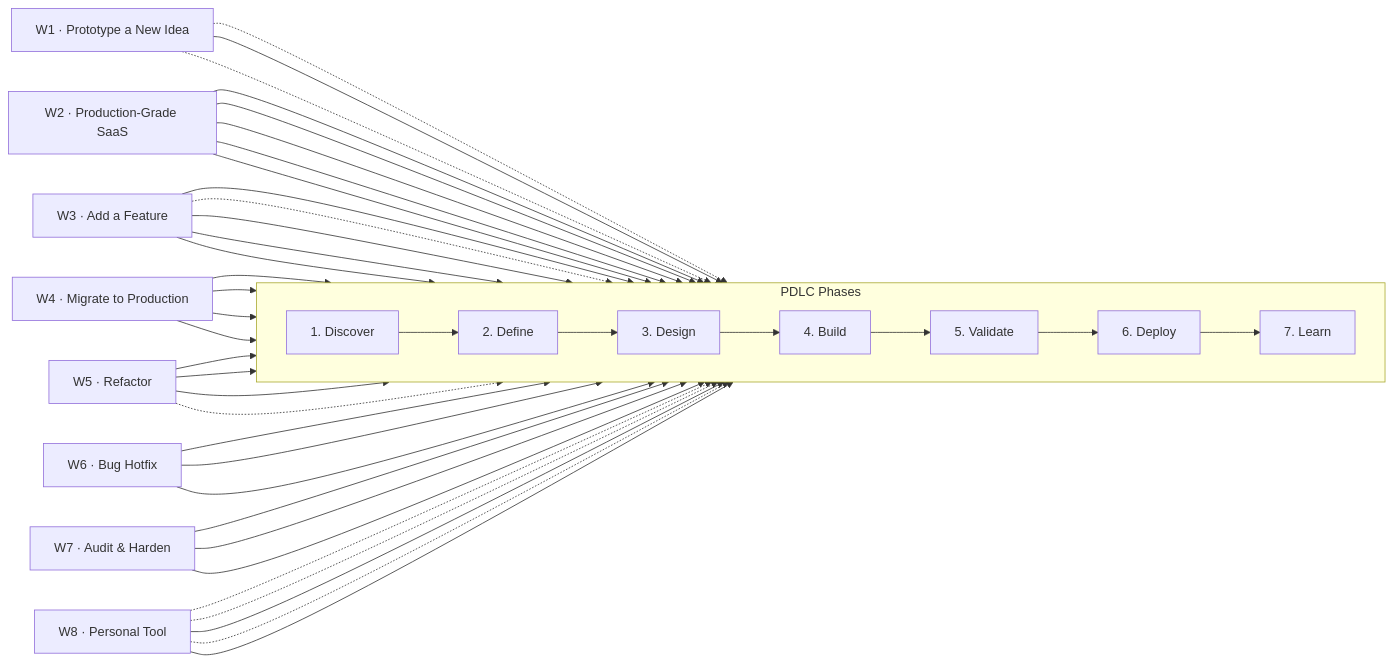
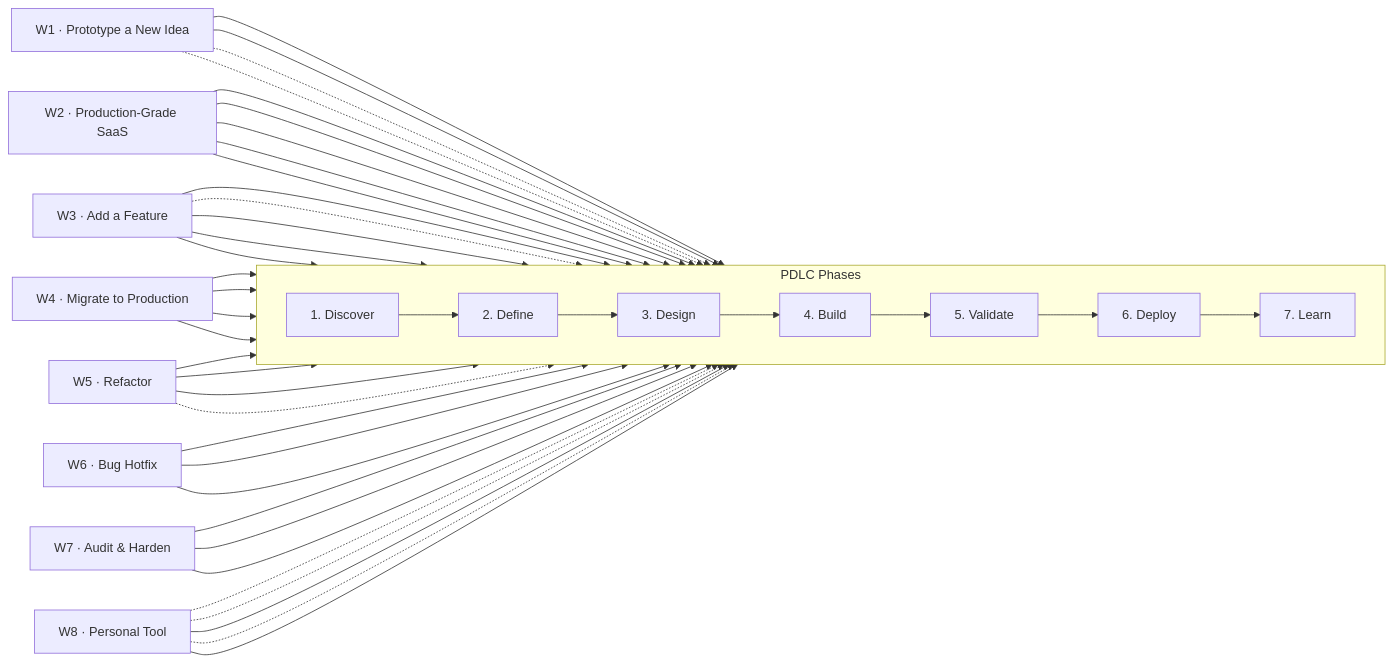
Before and after one commit to jnlanahan/Product-Agents-and-Skills: the diagram in WORKFLOWS.md, drawn with Mermaid. The commit also changed other lines of this file and 3 other files, not shown here.

````diff
--- a/WORKFLOWS.md
+++ b/WORKFLOWS.md
@@ -28,54 +30,55 @@
 ```mermaid
 flowchart LR
     subgraph PDLC["PDLC Phases"]
         direction LR
         D1["1. Discover"]
         D2["2. Define"]
         D3["3. Design"]
         D4["4. Build"]
         D5["5. Validate"]
         D6["6. Deploy"]
         D7["7. Learn"]
         D1 --> D2 --> D3 --> D4 --> D5 --> D6 --> D7
     end
 
-    W1["W1 · Prototype a New Idea"] -.-> D2
+    W1["W1 · Prototype a New Idea"] --> D2
     W1 --> D3
+    W1 -.-> D5
     W1 -.-> D7
 
     W2["W2 · Production-Grade SaaS"] --> D2
     W2 --> D3
     W2 --> D4
     W2 --> D5
     W2 --> D6
 
     W3["W3 · Add a Feature"] --> D2
     W3 -.-> D3
     W3 --> D4
     W3 --> D5
     W3 --> D6
 
     W4["W4 · Migrate to Production"] --> D2
     W4 --> D4
     W4 --> D5
     W4 --> D6
 
     W5["W5 · Refactor"] --> D2
     W5 --> D4
     W5 --> D5
     W5 -.-> D6
 
     W6["W6 · Bug Hotfix"] --> D4
     W6 --> D5
     W6 --> D6
 
     W7["W7 · Audit & Harden"] --> D5
     W7 --> D4
     W7 --> D6
 
     W8["W8 · Personal Tool"] -.-> D2
     W8 -.-> D3
     W8 --> D4
     W8 -.-> D5
     W8 --> D6
 ```
````
